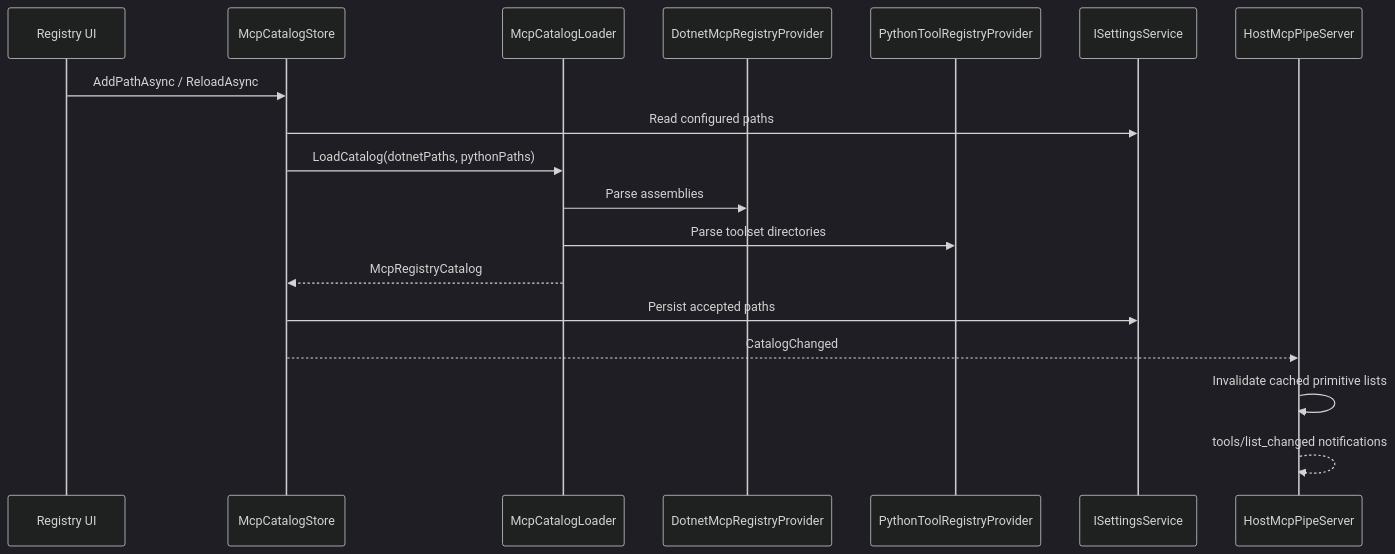
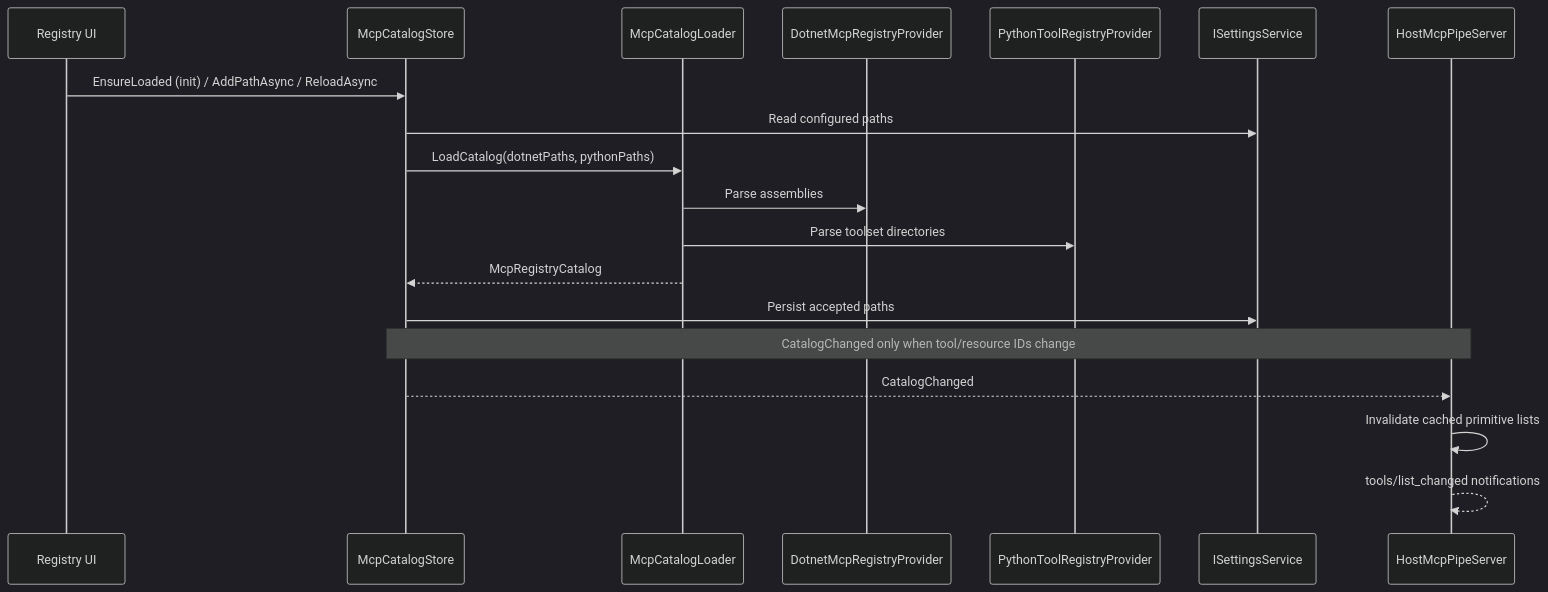
Before and after one commit to trgiangv/RevitDevTool: the second of 2 diagrams in docs/architecture/MCP/in-host-runtime.md, drawn with Mermaid (dark theme). The commit also changed 5 other files, not shown here.

````diff
--- a/docs/architecture/MCP/in-host-runtime.md
+++ b/docs/architecture/MCP/in-host-runtime.md
@@ -41,21 +41,22 @@
 ```mermaid
 sequenceDiagram
     participant UI as Registry UI
     participant Store as McpCatalogStore
     participant Loader as McpCatalogLoader
     participant Dotnet as DotnetMcpRegistryProvider
     participant Python as PythonToolRegistryProvider
     participant Settings as ISettingsService
     participant HostServer as HostMcpPipeServer
 
-    UI->>Store: AddPathAsync / ReloadAsync
+    UI->>Store: EnsureLoaded (init) / AddPathAsync / ReloadAsync
     Store->>Settings: Read configured paths
     Store->>Loader: LoadCatalog(dotnetPaths, pythonPaths)
     Loader->>Dotnet: Parse assemblies
     Loader->>Python: Parse toolset directories
     Loader-->>Store: McpRegistryCatalog
     Store->>Settings: Persist accepted paths
+    Note over Store,HostServer: CatalogChanged only when tool/resource IDs change
     Store-->>HostServer: CatalogChanged
     HostServer->>HostServer: Invalidate cached primitive lists
     HostServer-->>HostServer: tools/list_changed notifications
 ```
````
